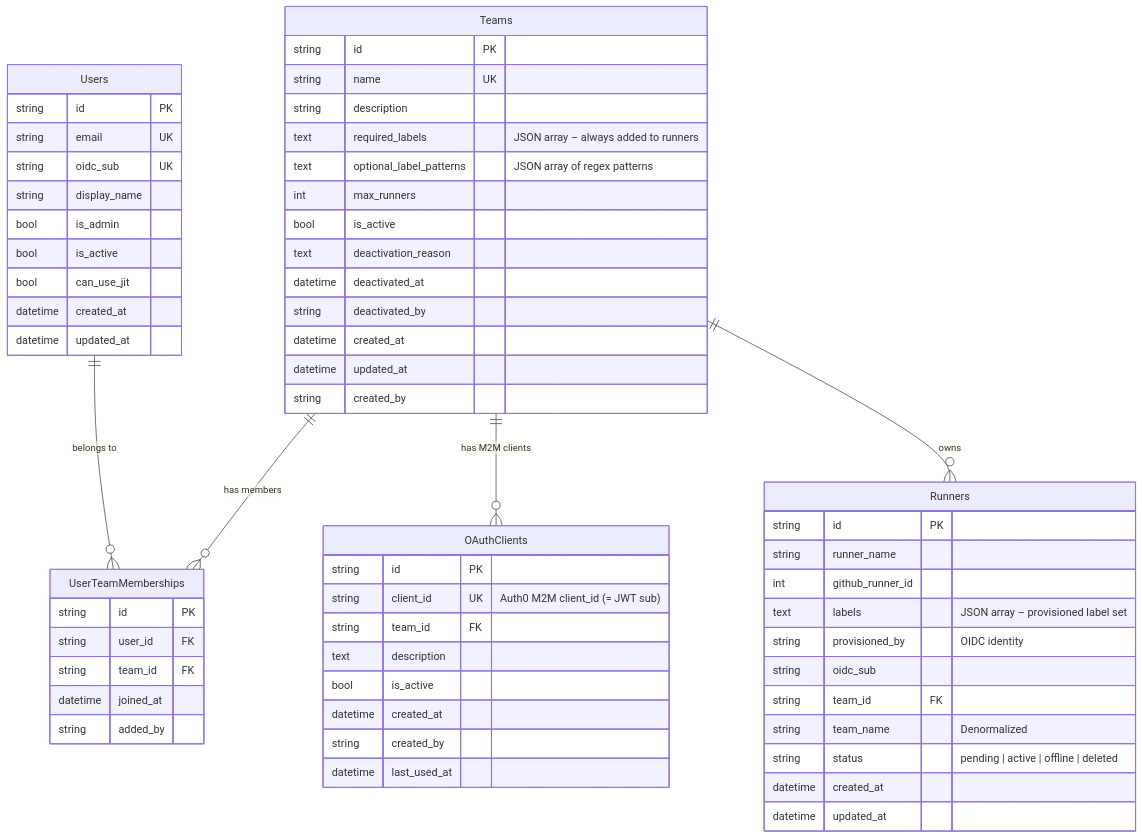
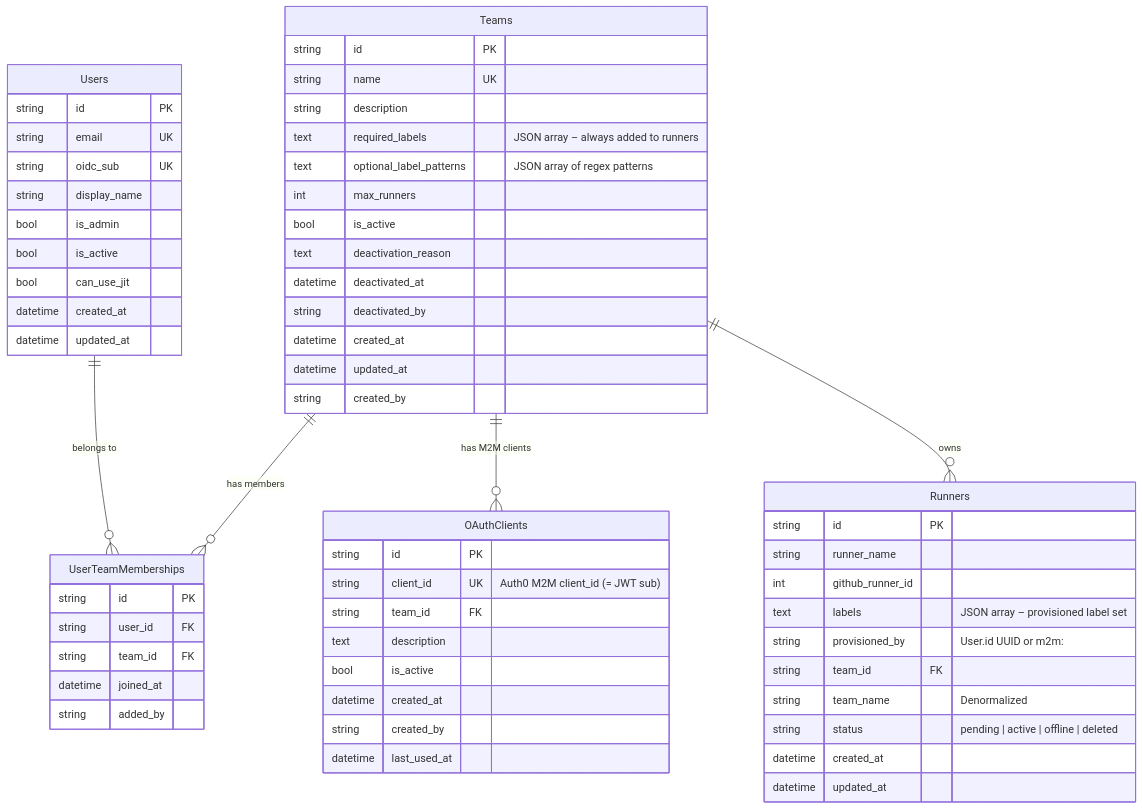
The first of 3 diagrams in docs/design/team_based_authorization.md (afrittoli/gha-runner-token-service), drawn with Mermaid before and after one commit. The commit also changed 26 other files, not shown here.

````diff
--- a/docs/design/team_based_authorization.md
+++ b/docs/design/team_based_authorization.md
@@ -11,68 +11,67 @@
 ```mermaid
 erDiagram
     Users {
         string id PK
         string email UK
         string oidc_sub UK
         string display_name
         bool   is_admin
         bool   is_active
         bool   can_use_jit
         datetime created_at
         datetime updated_at
     }
 
     Teams {
         string   id PK
         string   name UK
         string   description
         text     required_labels         "JSON array – always added to runners"
         text     optional_label_patterns "JSON array of regex patterns"
         int      max_runners
         bool     is_active
         text     deactivation_reason
         datetime deactivated_at
         string   deactivated_by
         datetime created_at
         datetime updated_at
         string   created_by
     }
 
     UserTeamMemberships {
         string   id PK
         string   user_id FK
         string   team_id FK
         datetime joined_at
         string   added_by
     }
 
     OAuthClients {
         string   id PK
         string   client_id UK          "Auth0 M2M client_id (= JWT sub)"
         string   team_id FK
         text     description
         bool     is_active
         datetime created_at
         string   created_by
         datetime last_used_at
     }
 
     Runners {
         string   id PK
         string   runner_name
         int      github_runner_id
         text     labels               "JSON array – provisioned label set"
-        string   provisioned_by       "OIDC identity"
-        string   oidc_sub
+        string   provisioned_by       "User.id UUID or m2m:<team>"
         string   team_id FK
         string   team_name            "Denormalized"
         string   status               "pending | active | offline | deleted"
         datetime created_at
         datetime updated_at
     }
 
     Users ||--o{ UserTeamMemberships : "belongs to"
     Teams ||--o{ UserTeamMemberships : "has members"
     Teams ||--o{ OAuthClients        : "has M2M clients"
     Teams ||--o{ Runners             : "owns"
 ```
````
